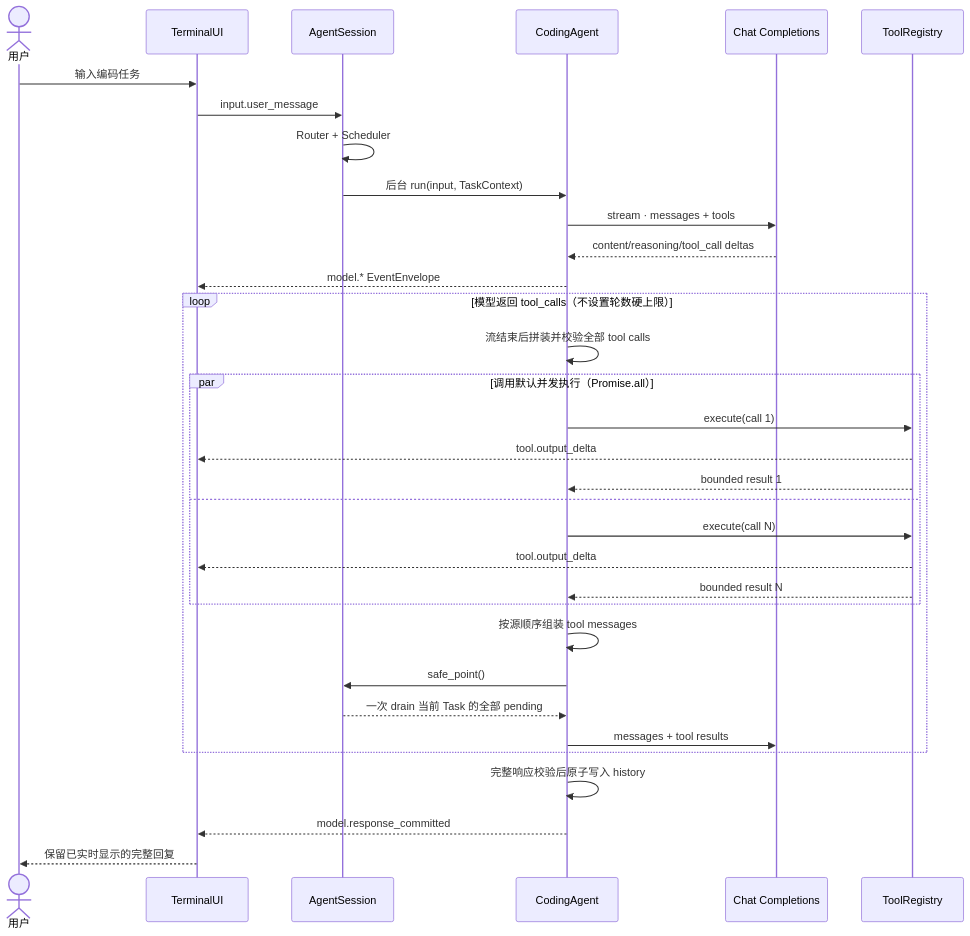
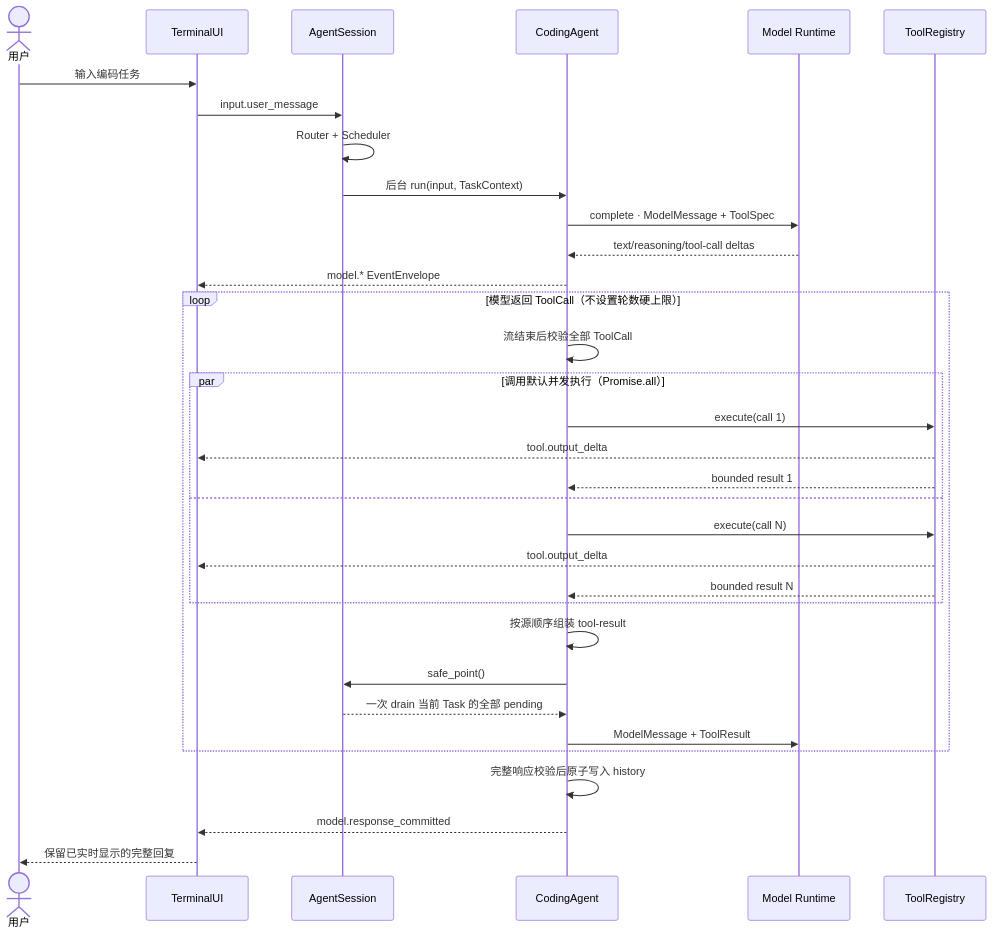
One commit to hxr223/laoHuangCode changed the second of 2 diagrams in docs/architecture.md. Above: the diagram before and after it, drawn with Mermaid. The commit also changed other lines of this file and 7 other files, not shown here.

Commit message:
docs: describe pi-ai model architecture

````diff
--- a/docs/architecture.md
+++ b/docs/architecture.md
@@ -115,38 +121,38 @@
 ```mermaid
 sequenceDiagram
     actor User as 用户
     participant UI as TerminalUI
     participant Session as AgentSession
     participant Agent as CodingAgent
-    participant API as Chat Completions
+    participant API as Model Runtime
     participant Tools as ToolRegistry
 
     User->>UI: 输入编码任务
     UI->>Session: input.user_message
     Session->>Session: Router + Scheduler
     Session->>Agent: 后台 run(input, TaskContext)
-    Agent->>API: stream · messages + tools
-    API-->>Agent: content/reasoning/tool_call deltas
+    Agent->>API: complete · ModelMessage + ToolSpec
+    API-->>Agent: text/reasoning/tool-call deltas
     Agent-->>UI: model.* EventEnvelope
 
-    loop 模型返回 tool_calls（不设置轮数硬上限）
-        Agent->>Agent: 流结束后拼装并校验全部 tool calls
+    loop 模型返回 ToolCall（不设置轮数硬上限）
+        Agent->>Agent: 流结束后校验全部 ToolCall
         par 调用默认并发执行（Promise.all）
             Agent->>Tools: execute(call 1)
             Tools-->>UI: tool.output_delta
             Tools-->>Agent: bounded result 1
         and
             Agent->>Tools: execute(call N)
             Tools-->>UI: tool.output_delta
             Tools-->>Agent: bounded result N
         end
-        Agent->>Agent: 按源顺序组装 tool messages
+        Agent->>Agent: 按源顺序组装 tool-result
         Agent->>Session: safe_point()
         Session-->>Agent: 一次 drain 当前 Task 的全部 pending
-        Agent->>API: messages + tool results
+        Agent->>API: ModelMessage + ToolResult
     end
 
     Agent->>Agent: 完整响应校验后原子写入 history
     Agent-->>UI: model.response_committed
     UI-->>User: 保留已实时显示的完整回复
 ```
````
